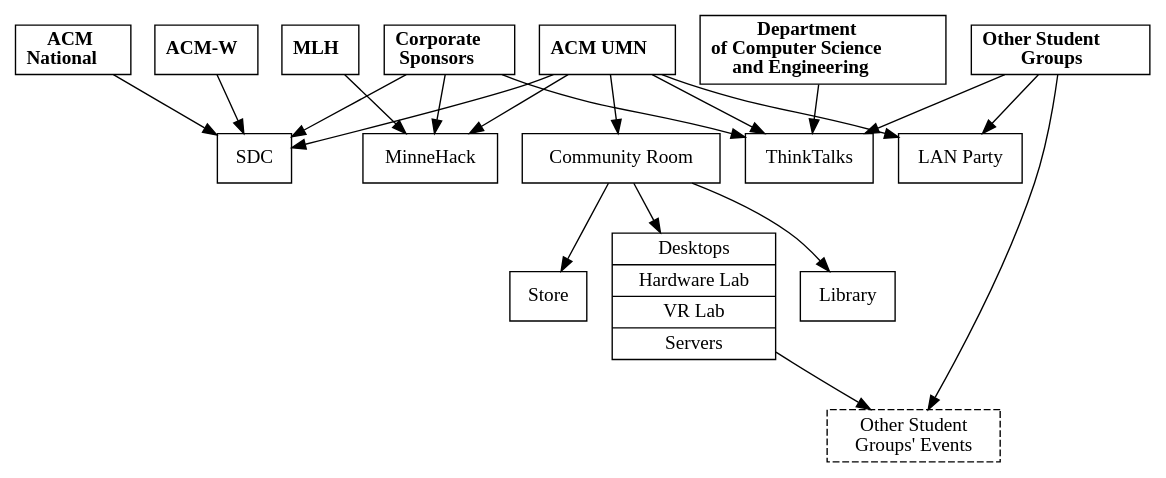
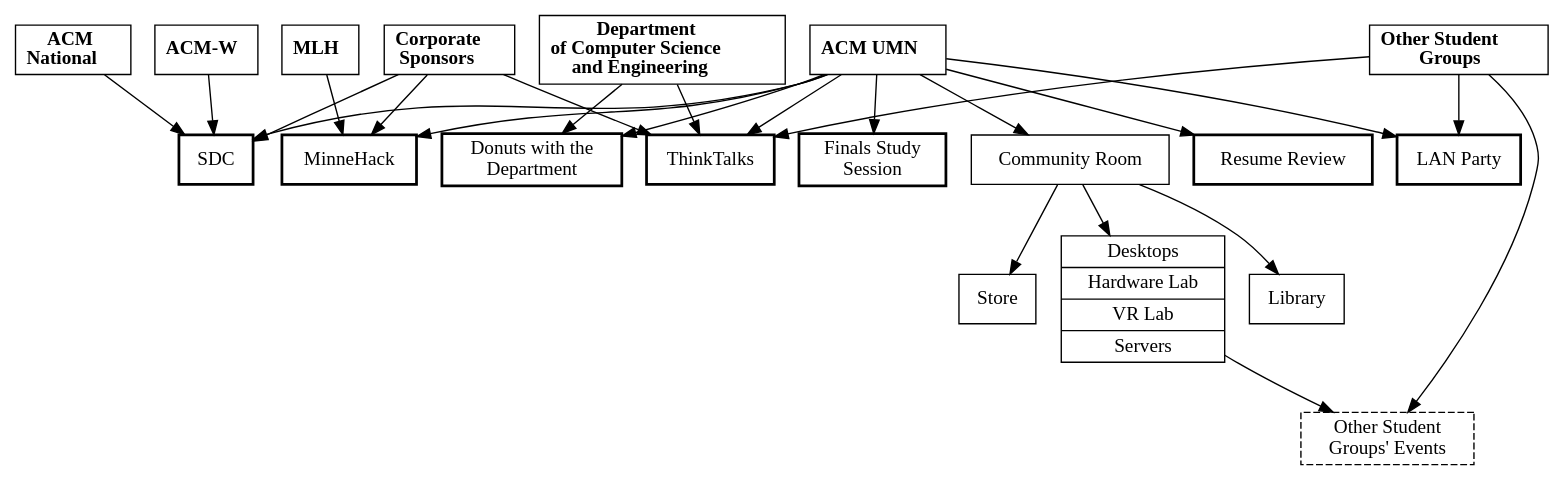
Before and after one commit to acmumn/officer-resources: the diagram in charts/events.dot, drawn with Graphviz. The commit also changed 1 other file, not shown here.

Commit message:
Updated to have new events, render events PNG.

```diff
--- a/charts/events.dot
+++ b/charts/events.dot
@@ -1,32 +1,38 @@
 digraph events {
 	compound = true;
 
 	node[shape = "box"];
 	acmumn [label = <<b>ACM UMN</b>>];
 
 	acmw [label = <<b>ACM-W</b>>];
 	corporate [label = <<b>Corporate<br/>Sponsors</b>>];
 	dept [label = <<b>Department<br/>of Computer Science<br/>and Engineering</b>>];
 	mlh [label = <<b>MLH</b>>];
 	national [label = <<b>ACM<br/>National</b>>];
 	otherGroups [label = <<b>Other Student<br/>Groups</b>>];
 	otherEvents [label = "Other Student\nGroups' Events", style = "dashed"];
 	acmw, corporate, national -> sdc;
 	corporate -> minnehack;
 	corporate, dept, otherGroups -> thinkTalks;
+	dept -> donuts;
 	mlh -> minnehack;
 	otherGroups -> lanParty;
 	otherGroups, resources -> otherEvents;
 
-	lanParty [label = "LAN Party"];
-	minnehack [label = "MinneHack"];
-	sdc [label = "SDC"];
-	thinkTalks [label = "ThinkTalks"];
-	acmumn -> sdc, minnehack, thinkTalks, lanParty, room;
+	// Events have a bold outline.
+	donuts [label = "Donuts with the\nDepartment", style="bold"];
+	lanParty [label = "LAN Party", style="bold"];
+	minnehack [label = "MinneHack", style="bold"];
+	resumes [label = "Resume Review", style="bold"];
+	sdc [label = "SDC", style="bold"];
+	studySession [label = "Finals Study\nSession", style="bold"];
+	thinkTalks [label = "ThinkTalks", style="bold"];
+	acmumn -> donuts, lanParty, minnehack, resumes, sdc, studySession, thinkTalks;
+	acmumn -> room;
 
 	room [label = "Community Room"];
 	library [label = "Library"];
 	resources [label = "{<f0> Desktops|<f1> Hardware Lab|<f2> VR Lab|<f3> Servers}", shape = "record"];
 	store [label = "Store"];
 	room -> library, resources, store;
 }
```
